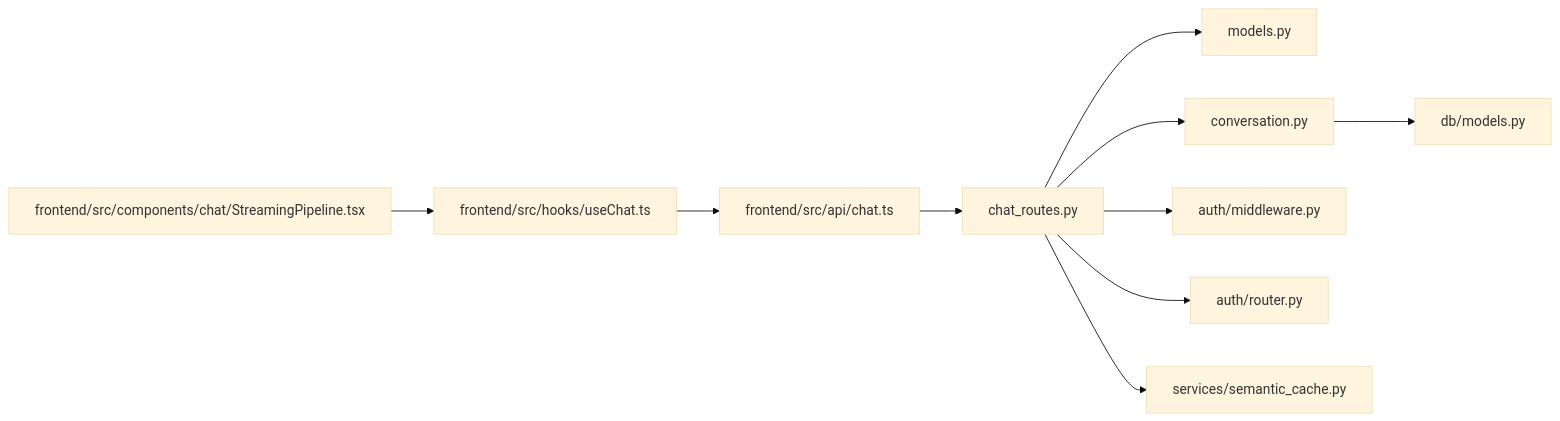
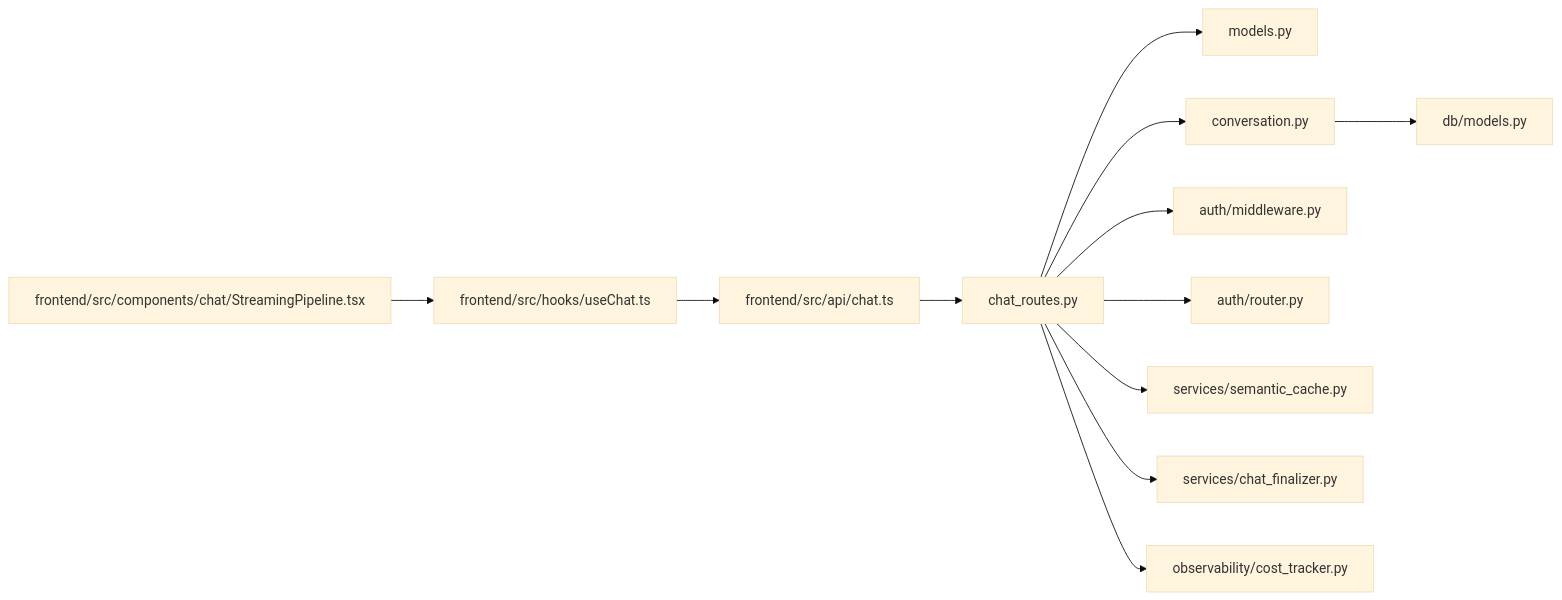
Before and after one commit to genes8/private-ai: the seventh of 7 diagrams in .qoder/repowiki/en/content/Backend Development/API Endpoints/Chat Endpoints.md, drawn with Mermaid (base theme). The commit also changed other lines of this file and 12 other files, not shown here.

````diff
--- a/.qoder/repowiki/en/content/Backend Development/API Endpoints/Chat Endpoints.md
+++ b/.qoder/repowiki/en/content/Backend Development/API Endpoints/Chat Endpoints.md
@@ -447,12 +525,14 @@
 ```mermaid
 graph LR
 CR["chat_routes.py"] --> M["models.py"]
 CR --> CM["conversation.py"]
 CR --> AM["auth/middleware.py"]
 CR --> AR["auth/router.py"]
 CR --> SC["services/semantic_cache.py"]
+CR --> CF["services/chat_finalizer.py"]
+CR --> CT["observability/cost_tracker.py"]
 CM --> DBM["db/models.py"]
 FE["frontend/src/api/chat.ts"] --> CR
 HC["frontend/src/hooks/useChat.ts"] --> FE
 UI["frontend/src/components/chat/StreamingPipeline.tsx"] --> HC
 ```
````
